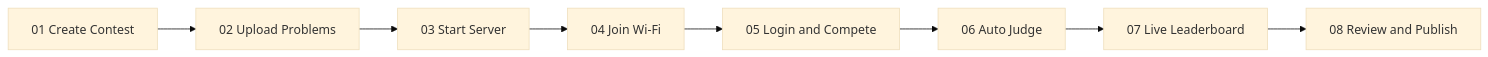
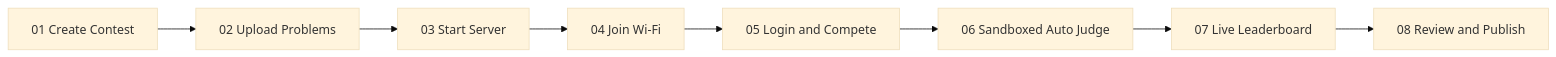
One commit to mrinmoyChakraborty-mrinox/ByteArena changed the fifth of 8 diagrams in README.md. Above: the diagram before and after it, drawn with Mermaid (base theme). The commit also changed other lines of this file and 2 other files, not shown here.

Commit message:
feat: add detailed architecture documentation and execution roadmap

````diff
--- a/README.md
+++ b/README.md
@@ -126,10 +131,10 @@
 ```mermaid
 flowchart LR
     A["01  Create Contest"] --> B["02  Upload Problems"]
     B --> C["03  Start Server"]
     C --> D["04  Join Wi-Fi"]
     D --> E["05  Login and Compete"]
-    E --> F["06  Auto Judge"]
+    E --> F["06  Sandboxed Auto Judge"]
     F --> G["07  Live Leaderboard"]
     G --> H["08  Review and Publish"]
 ```
````
